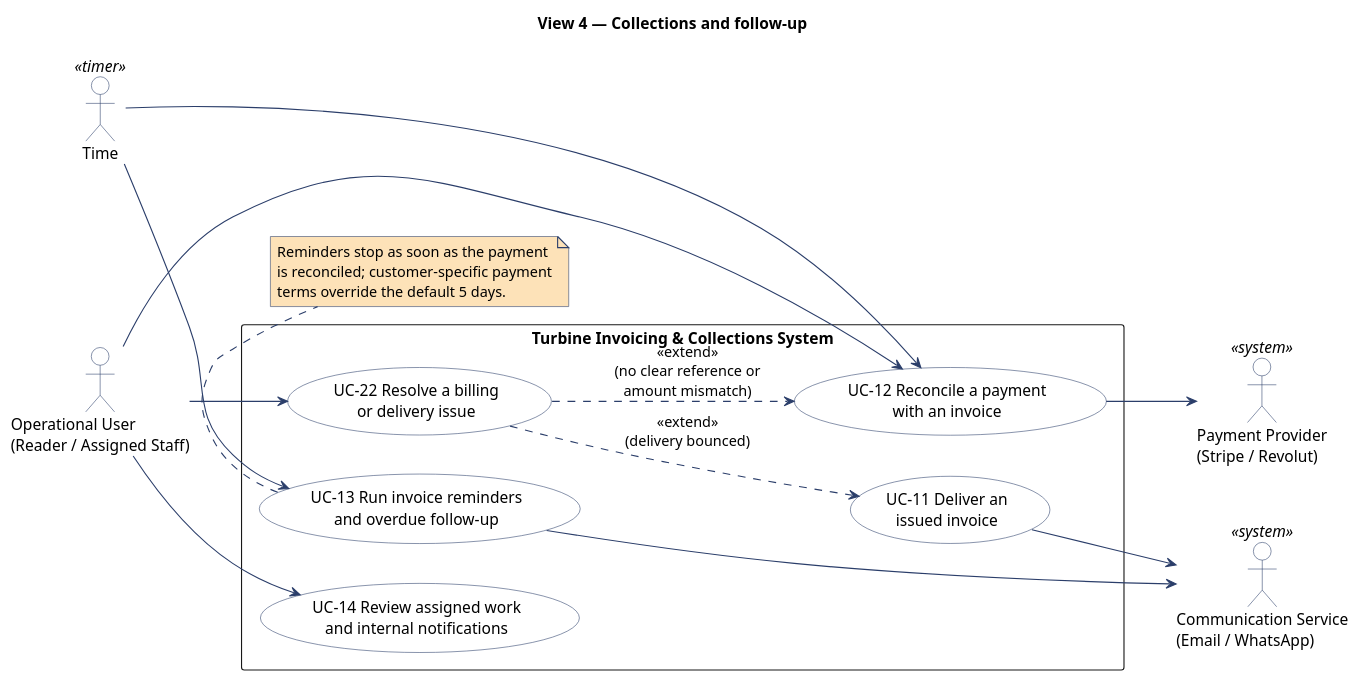
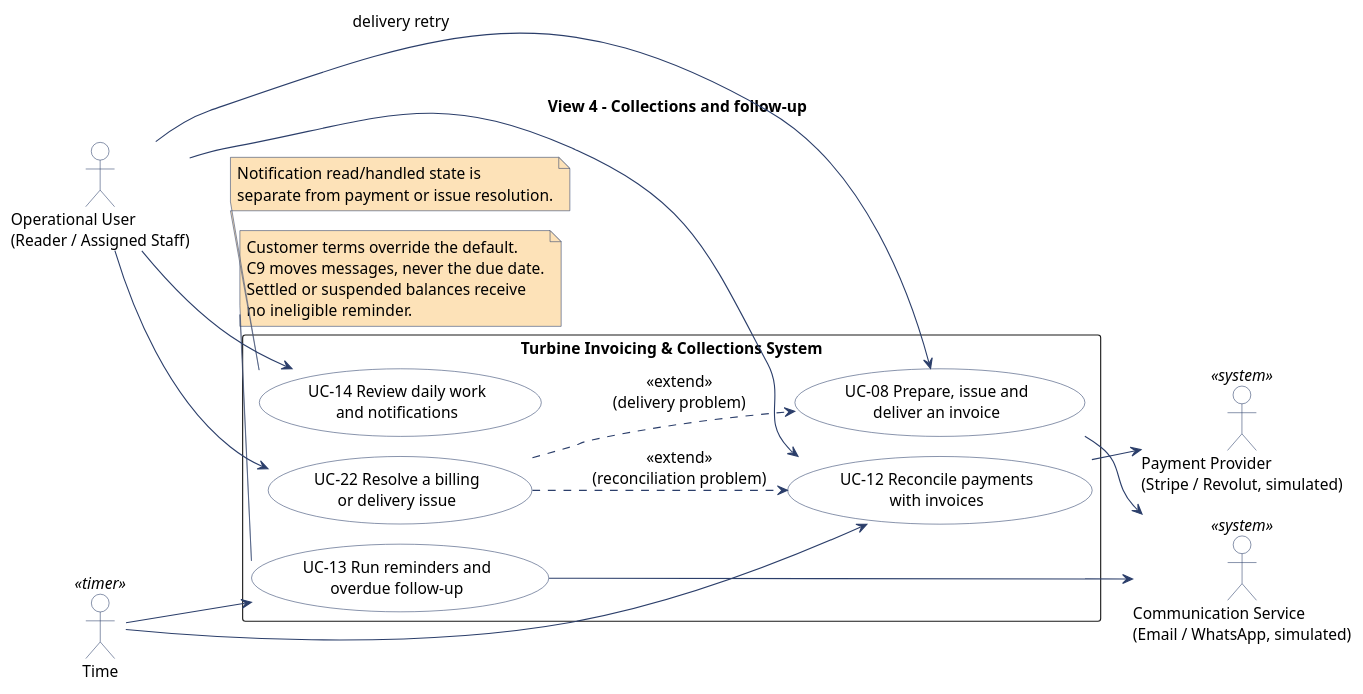
One commit to atrevete-adap/adap-project changed the fourth of 4 diagrams in doc/src/use-case-diagram.pu. Above: the diagram before and after it, drawn with PlantUML. The commit also changed other lines of this file and 9 other files, not shown here.

```diff
--- a/doc/src/use-case-diagram.pu
+++ b/doc/src/use-case-diagram.pu
@@ -223,61 +209,65 @@
 @startuml use-case-diagram-4-collections
+!pragma layout smetana
 left to right direction
-
 skinparam shadowing false
 skinparam packageStyle rectangle
+skinparam defaultFontName SansSerif
+skinparam defaultFontSize 14
+skinparam backgroundColor #FFFFFF
 skinparam usecase {
-    BackgroundColor #FFFFFF
-    BorderColor #2B3E6A
-    FontColor #000000
+  BackgroundColor #FFFFFF
+  BorderColor #2B3E6A
+  FontColor #000000
 }
 skinparam actor {
-    BackgroundColor #FFFFFF
-    BorderColor #2B3E6A
-    FontColor #000000
+  BackgroundColor #FFFFFF
+  BorderColor #2B3E6A
+  FontColor #000000
 }
 skinparam note {
-    BackgroundColor #FDE2B8
-    BorderColor #2B3E6A
-    FontColor #000000
+  BackgroundColor #FDE2B8
+  BorderColor #2B3E6A
 }
 skinparam arrow {
-    Color #2B3E6A
+  Color #2B3E6A
+}
+title View 4 - Collections and follow-up
+
+actor "Operational User\n(Reader / Assigned Staff)" as OpUser
+actor "Time" as Time <<timer>>
+actor "Payment Provider\n(Stripe / Revolut, simulated)" as PayProv <<system>>
+actor "Communication Service\n(Email / WhatsApp, simulated)" as CommSrv <<system>>
+
+rectangle "Turbine Invoicing & Collections System" {
+  usecase "UC-08 Prepare, issue and\ndeliver an invoice" as UC08
+  usecase "UC-12 Reconcile payments\nwith invoices" as UC12
+  usecase "UC-13 Run reminders and\noverdue follow-up" as UC13
+  usecase "UC-14 Review daily work\nand notifications" as UC14
+  usecase "UC-22 Resolve a billing\nor delivery issue" as UC22
 }
 
-title View 4 — Collections and follow-up
-
-'=== Actors ===
-actor "Operational User\n(Reader / Assigned Staff)" as OpUser
-actor "Time" as Time <<timer>>
-actor "Payment Provider\n(Stripe / Revolut)" as PayProv <<system>>
-actor "Communication Service\n(Email / WhatsApp)" as CommSrv <<system>>
-
-'=== System Boundary ===
-rectangle "Turbine Invoicing & Collections System" {
-    usecase "UC-11 Deliver an\nissued invoice" as UC11
-    usecase "UC-12 Reconcile a payment\nwith an invoice" as UC12
-    usecase "UC-13 Run invoice reminders\nand overdue follow-up" as UC13
-    usecase "UC-14 Review assigned work\nand internal notifications" as UC14
-    usecase "UC-22 Resolve a billing\nor delivery issue" as UC22
-}
-
-'=== Relationships ===
+OpUser --> UC08 : delivery retry
 OpUser --> UC12
 OpUser --> UC14
 OpUser --> UC22
 Time --> UC12
 Time --> UC13
-UC11 --> CommSrv
+UC08 --> CommSrv
 UC13 --> CommSrv
 UC12 --> PayProv
-
-UC22 ..> UC11 : <<extend>>\n(delivery bounced)
-UC22 ..> UC12 : <<extend>>\n(no clear reference or\namount mismatch)
+UC22 ..> UC08 : <<extend>>\n(delivery problem)
+UC22 ..> UC12 : <<extend>>\n(reconciliation problem)
 
 note bottom of UC13
-  Reminders stop as soon as the payment
-  is reconciled; customer-specific payment
-  terms override the default 5 days.
+  Customer terms override the default.
+  C9 moves messages, never the due date.
+  Settled or suspended balances receive
+  no ineligible reminder.
+end note
+
+note bottom of UC14
+  Notification read/handled state is
+  separate from payment or issue resolution.
 end note
 
 @enduml
```
